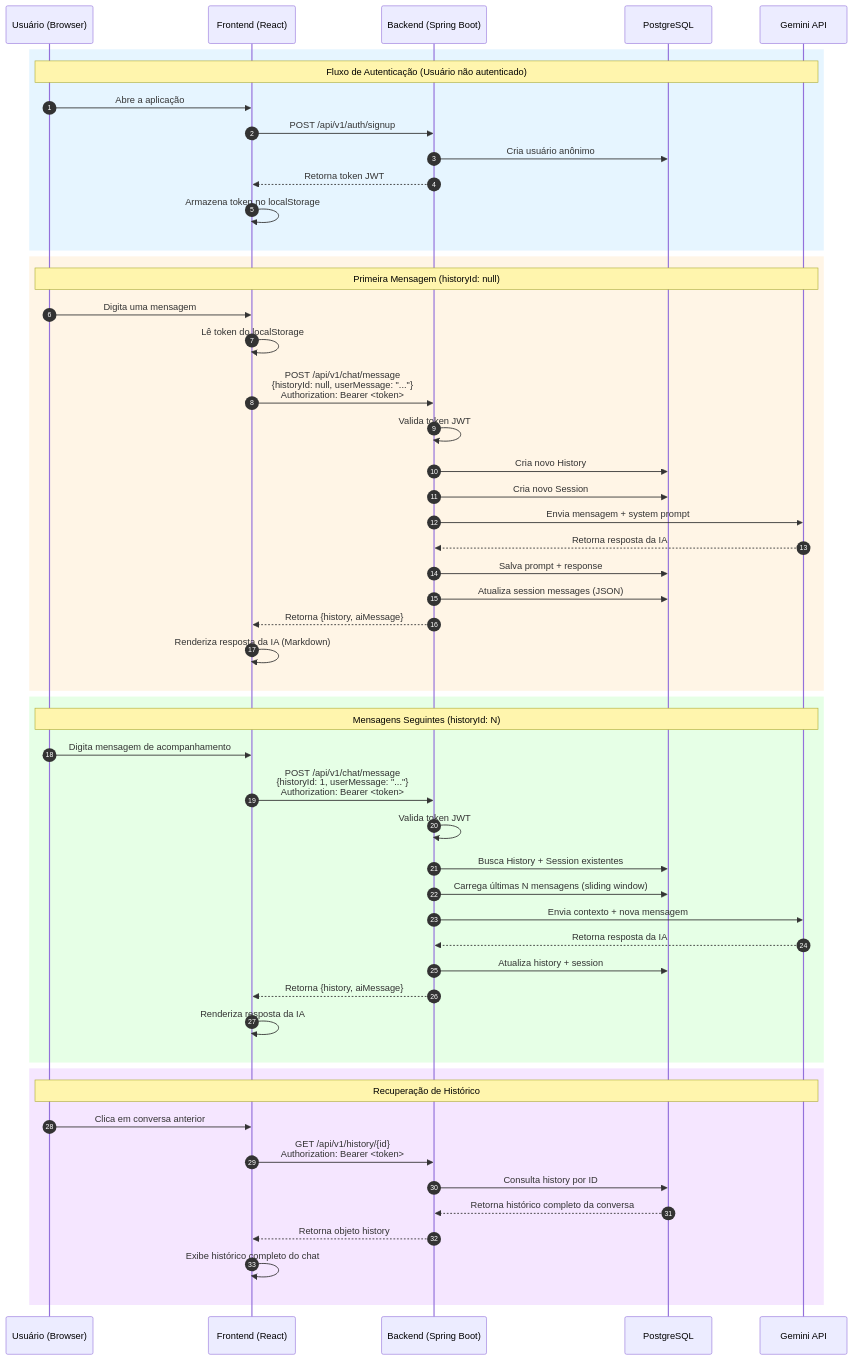
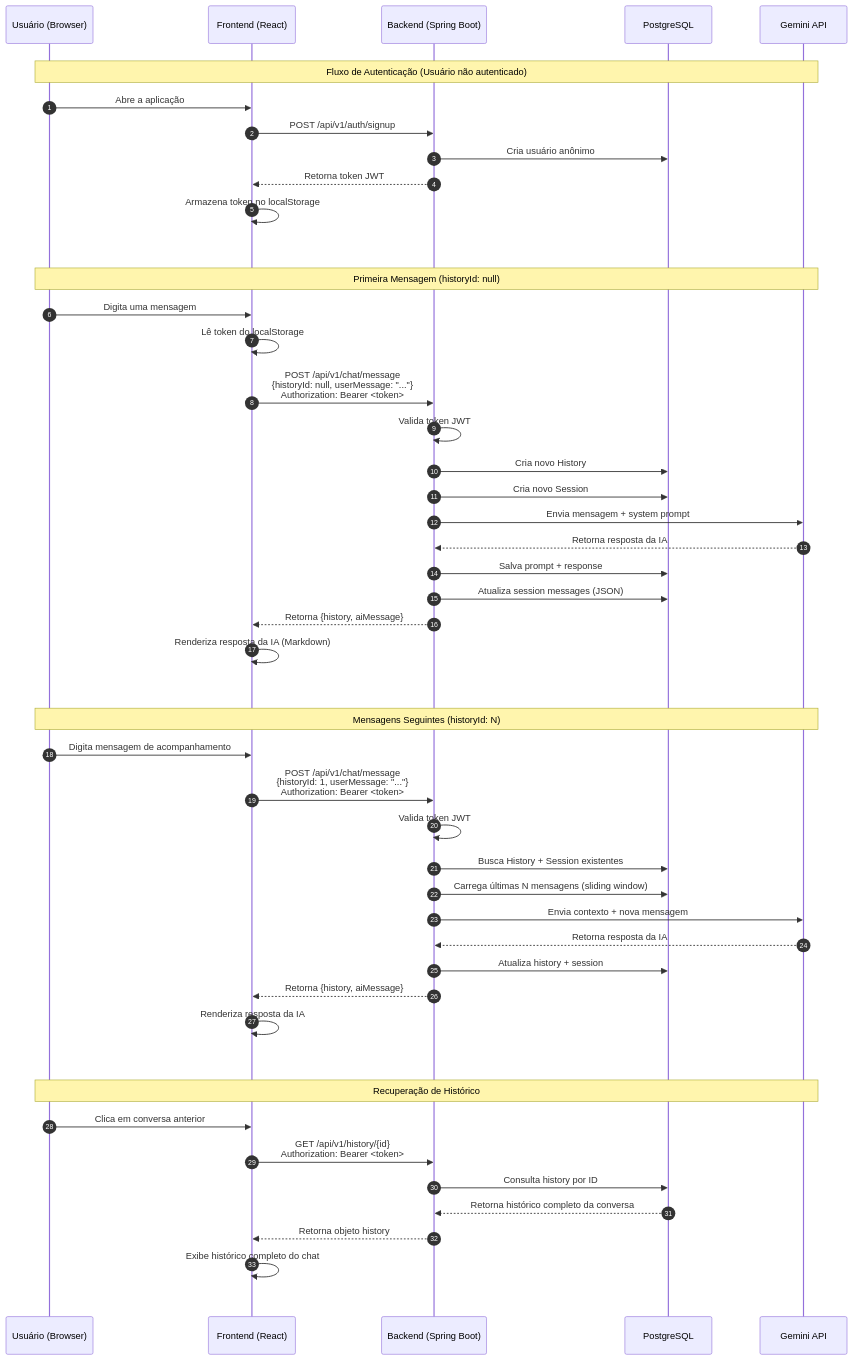
The first of 2 diagrams in README.md (lipedevcode/chatbot-llm), drawn with Mermaid before and after one commit.

````diff
--- a/README.md
+++ b/README.md
@@ -59,58 +59,58 @@
 ```mermaid
 sequenceDiagram
     autonumber
     participant U as Usuário (Browser)
     participant FE as Frontend (React)
     participant BE as Backend (Spring Boot)
     participant DB as PostgreSQL
     participant AI as Gemini API
 
-    rect rgb(230, 245, 255)
+    rect rgb(255, 255, 255)
         Note over U,AI: Fluxo de Autenticação (Usuário não autenticado)
         U->>FE: Abre a aplicação
         FE->>BE: POST /api/v1/auth/signup
         BE->>DB: Cria usuário anônimo
         BE-->>FE: Retorna token JWT
         FE->>FE: Armazena token no localStorage
     end
 
-    rect rgb(255, 245, 230)
+    rect rgb(255, 255, 255)
         Note over U,AI: Primeira Mensagem (historyId: null)
         U->>FE: Digita uma mensagem
         FE->>FE: Lê token do localStorage
         FE->>BE: POST /api/v1/chat/message<br/>{historyId: null, userMessage: "..."}<br/>Authorization: Bearer <token>
         BE->>BE: Valida token JWT
         BE->>DB: Cria novo History
         BE->>DB: Cria novo Session
         BE->>AI: Envia mensagem + system prompt
         AI-->>BE: Retorna resposta da IA
         BE->>DB: Salva prompt + response
         BE->>DB: Atualiza session messages (JSON)
         BE-->>FE: Retorna {history, aiMessage}
         FE->>FE: Renderiza resposta da IA (Markdown)
     end
 
-    rect rgb(230, 255, 230)
+    rect rgb(255, 255, 255)
         Note over U,AI: Mensagens Seguintes (historyId: N)
         U->>FE: Digita mensagem de acompanhamento
         FE->>BE: POST /api/v1/chat/message<br/>{historyId: 1, userMessage: "..."}<br/>Authorization: Bearer <token>
         BE->>BE: Valida token JWT
         BE->>DB: Busca History + Session existentes
         BE->>DB: Carrega últimas N mensagens (sliding window)
         BE->>AI: Envia contexto + nova mensagem
         AI-->>BE: Retorna resposta da IA
         BE->>DB: Atualiza history + session
         BE-->>FE: Retorna {history, aiMessage}
         FE->>FE: Renderiza resposta da IA
     end
 
-    rect rgb(245, 230, 255)
+    rect rgb(255, 255, 255)
         Note over U,AI: Recuperação de Histórico
         U->>FE: Clica em conversa anterior
         FE->>BE: GET /api/v1/history/{id}<br/>Authorization: Bearer <token>
         BE->>DB: Consulta history por ID
         DB-->>BE: Retorna histórico completo da conversa
         BE-->>FE: Retorna objeto history
         FE->>FE: Exibe histórico completo do chat
     end
 ```
````
